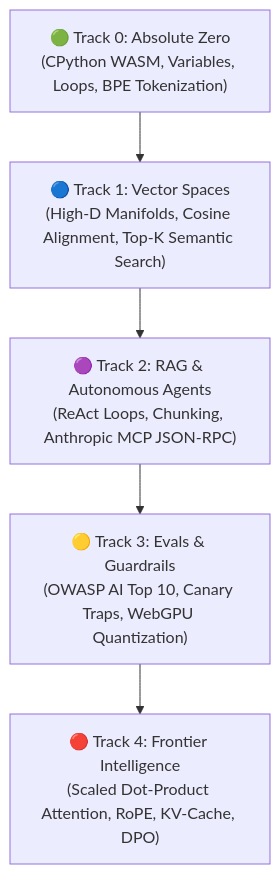
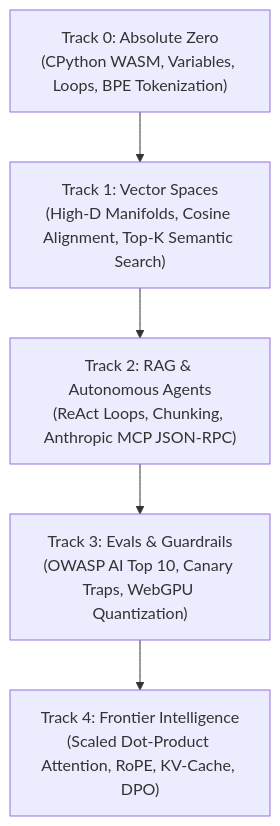
Before and after one commit to Adilrafiq001/OpenGuideForAI: the diagram in README.md, drawn with Mermaid. The commit also changed other lines of this file and 1 other file, not shown here.

````diff
--- a/README.md
+++ b/README.md
@@ -83,10 +83,10 @@
 ```mermaid
 graph TD
-    T0["🟢 Track 0: Absolute Zero<br/>(CPython WASM, Variables, Loops, BPE Tokenization)"]
-    T1["🔵 Track 1: Vector Spaces<br/>(High-D Manifolds, Cosine Alignment, Top-K Semantic Search)"]
-    T2["🟣 Track 2: RAG & Autonomous Agents<br/>(ReAct Loops, Chunking, Anthropic MCP JSON-RPC)"]
-    T3["🟡 Track 3: Evals & Guardrails<br/>(OWASP AI Top 10, Canary Traps, WebGPU Quantization)"]
-    T4["🔴 Track 4: Frontier Intelligence<br/>(Scaled Dot-Product Attention, RoPE, KV-Cache, DPO)"]
+    T0["Track 0: Absolute Zero<br/>(CPython WASM, Variables, Loops, BPE Tokenization)"]
+    T1["Track 1: Vector Spaces<br/>(High-D Manifolds, Cosine Alignment, Top-K Semantic Search)"]
+    T2["Track 2: RAG & Autonomous Agents<br/>(ReAct Loops, Chunking, Anthropic MCP JSON-RPC)"]
+    T3["Track 3: Evals & Guardrails<br/>(OWASP AI Top 10, Canary Traps, WebGPU Quantization)"]
+    T4["Track 4: Frontier Intelligence<br/>(Scaled Dot-Product Attention, RoPE, KV-Cache, DPO)"]
 
     T0 --> T1 --> T2 --> T3 --> T4
 ```
````
